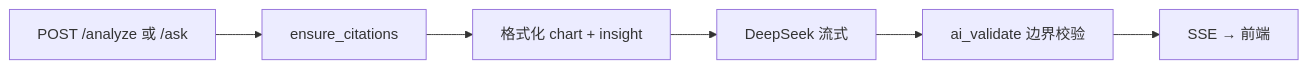
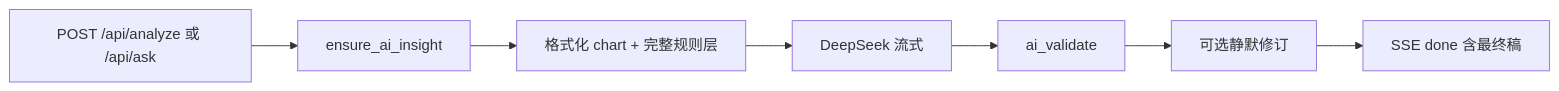
One commit to goodisok/wenyuan changed the second of 2 diagrams in docs/ARCHITECTURE.md. Above: the diagram before and after it, drawn with Mermaid. The commit also changed other lines of this file and 20 other files, not shown here.

````diff
--- a/docs/ARCHITECTURE.md
+++ b/docs/ARCHITECTURE.md
@@ -83,8 +71,9 @@
 ```mermaid
 flowchart LR
-  A[POST /analyze 或 /ask] --> B[ensure_citations]
-  B --> C[格式化 chart + insight]
+  A[POST /api/analyze 或 /api/ask] --> B[ensure_ai_insight]
+  B --> C[格式化 chart + 完整规则层]
   C --> D[DeepSeek 流式]
-  D --> E[ai_validate 边界校验]
-  E --> F[SSE → 前端]
+  D --> E[ai_validate]
+  E --> F[可选静默修订]
+  F --> G[SSE done 含最终稿]
 ```
````
